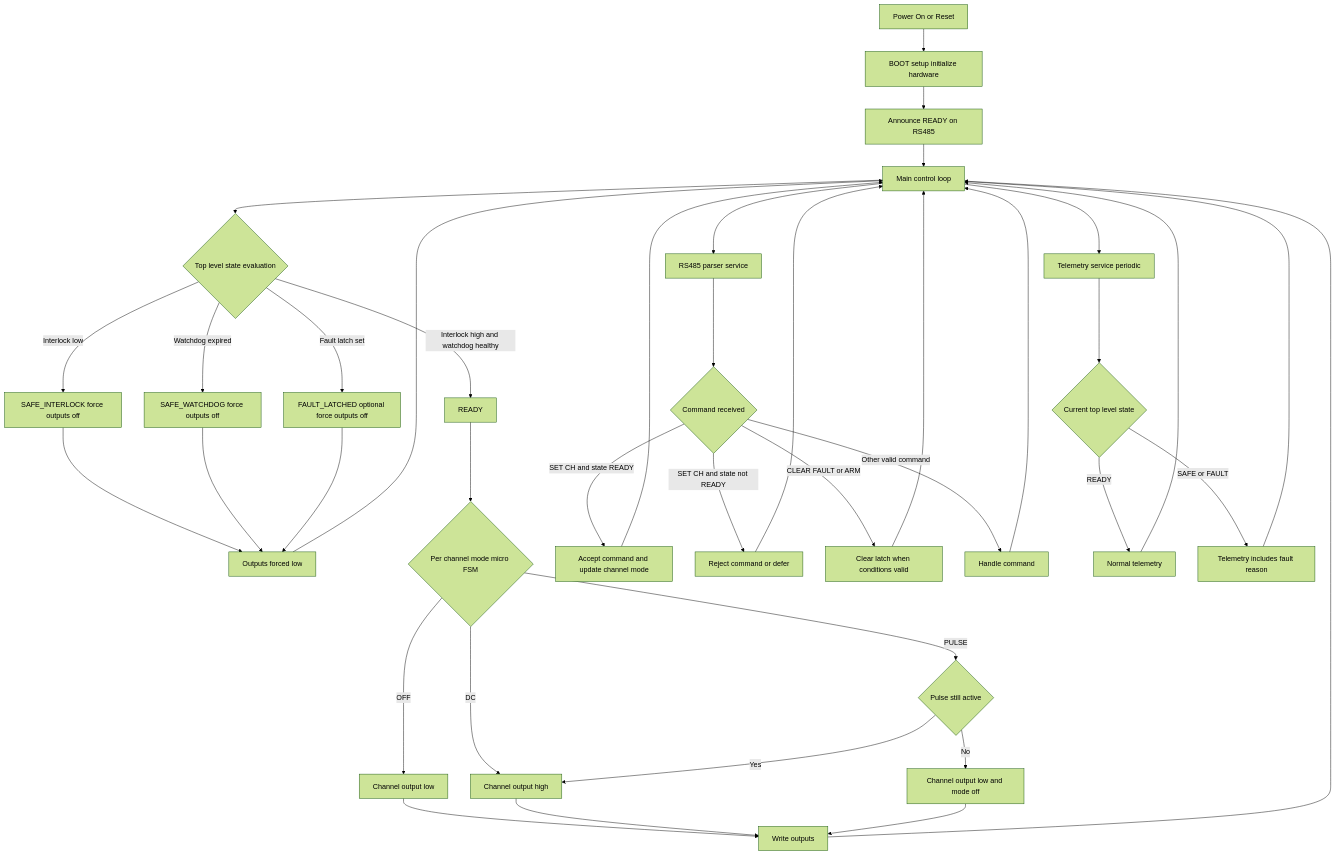
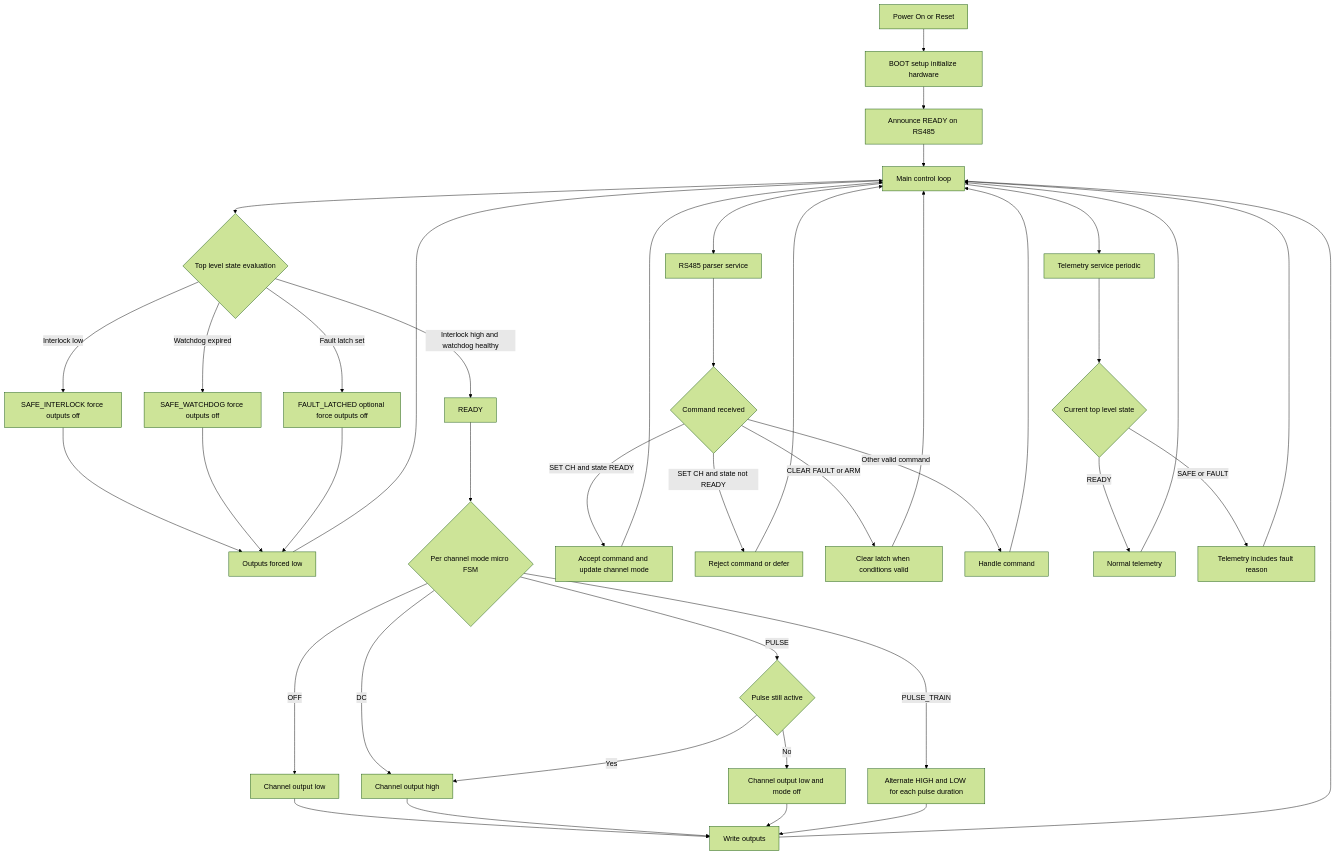
Before and after one commit to uw-loci/beam-controller: the diagram in README.md, drawn with Mermaid (forest theme). The commit also changed other lines of this file and 1 other file, not shown here.

Commit message:
Added functionality to pulse multiple times

````diff
--- a/README.md
+++ b/README.md
@@ -72,46 +72,48 @@
 ```mermaid
 flowchart TD
   A[Power On or Reset] --> B[BOOT setup initialize hardware]
   B --> C[Announce READY on RS485]
   C --> D[Main control loop]
 
   D --> E{Top level state evaluation}
   E -- Interlock low --> S1[SAFE_INTERLOCK force outputs off]
   E -- Watchdog expired --> S2[SAFE_WATCHDOG force outputs off]
   E -- Fault latch set --> S3[FAULT_LATCHED optional force outputs off]
   E -- Interlock high and watchdog healthy --> R[READY]
 
   S1 --> SF[Outputs forced low]
   S2 --> SF
   S3 --> SF
   SF --> D
 
   R --> M{Per channel mode micro FSM}
   M -- OFF --> M1[Channel output low]
   M -- DC --> M2[Channel output high]
   M -- PULSE --> M3{Pulse still active}
+  M -- PULSE_TRAIN --> M5[Alternate HIGH and LOW for each pulse duration]
   M3 -- Yes --> M2
   M3 -- No --> M4[Channel output low and mode off]
   M1 --> MW[Write outputs]
   M2 --> MW
   M4 --> MW
+  M5 --> MW
   MW --> D
 
   D --> P[RS485 parser service]
   P --> PC{Command received}
   PC -- SET CH and state READY --> PA[Accept command and update channel mode]
   PC -- SET CH and state not READY --> PR[Reject command or defer]
   PC -- CLEAR FAULT or ARM --> PL[Clear latch when conditions valid]
   PC -- Other valid command --> PO[Handle command]
   PA --> D
   PR --> D
   PL --> D
   PO --> D
 
   D --> T[Telemetry service periodic]
   T --> TS{Current top level state}
   TS -- READY --> T1[Normal telemetry]
   TS -- SAFE or FAULT --> T2[Telemetry includes fault reason]
   T1 --> D
   T2 --> D
 ```
````
